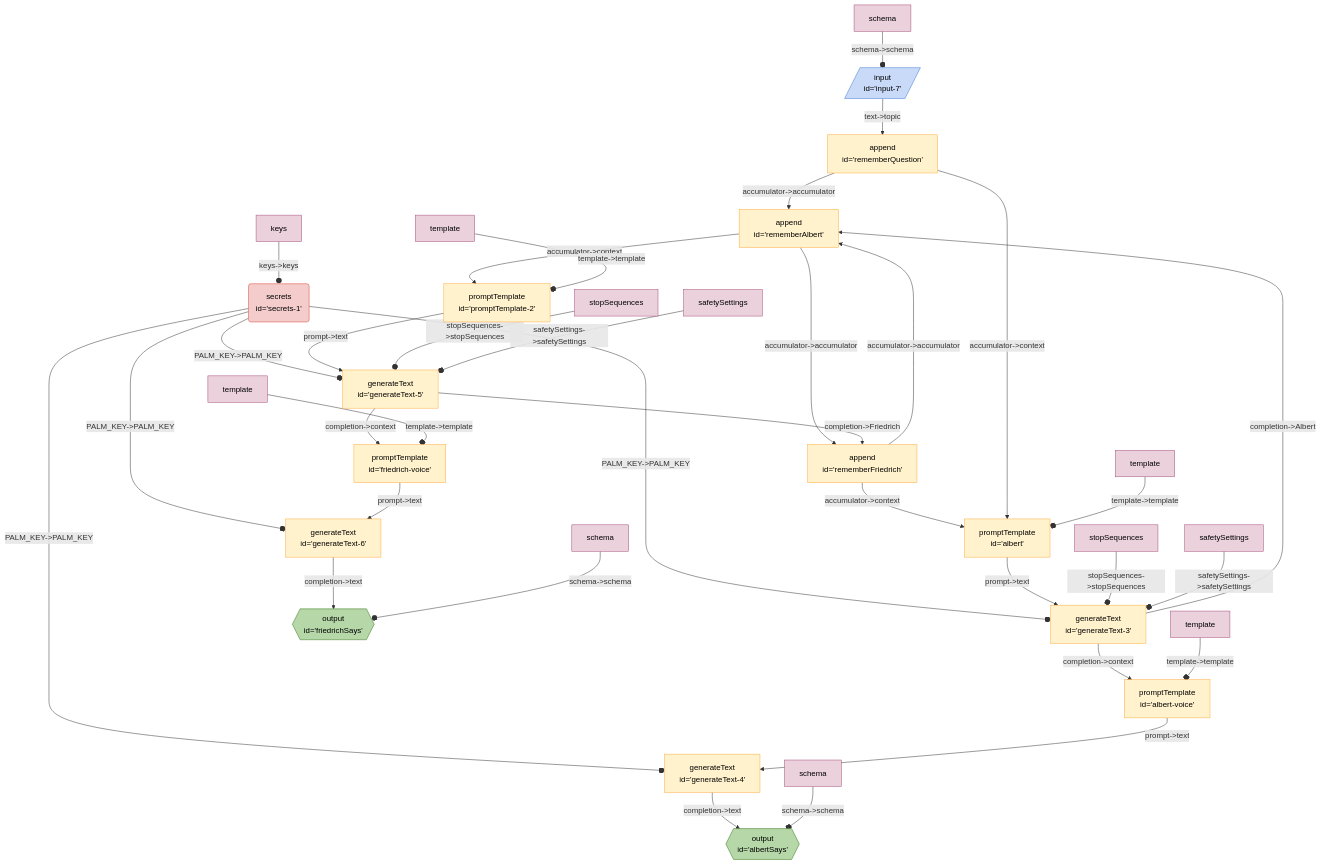
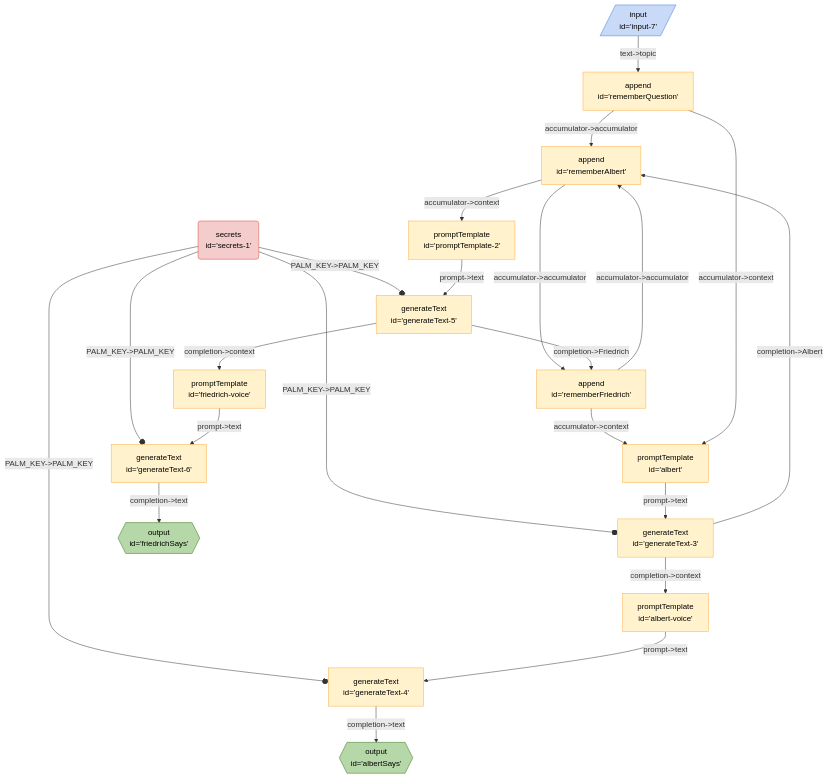
The diagram in seeds/graph-playground/docs/graphs/endless-debate-with-voice.md (breadboard-ai/breadboard), drawn with Mermaid before and after one commit. The commit also changed 30 other files, not shown here.

````diff
--- a/seeds/graph-playground/docs/graphs/endless-debate-with-voice.md
+++ b/seeds/graph-playground/docs/graphs/endless-debate-with-voice.md
@@ -5,45 +5,33 @@
   ```mermaid
   %%{init: 'themeVariables': { 'fontFamily': 'Fira Code, monospace' }}%%
 graph TD;
 rememberQuestion["append <br> id='rememberQuestion'"] -- "accumulator->accumulator" --> rememberAlbert["append <br> id='rememberAlbert'"]
 rememberAlbert["append <br> id='rememberAlbert'"] -- "accumulator->accumulator" --> rememberFriedrich["append <br> id='rememberFriedrich'"]
 rememberFriedrich["append <br> id='rememberFriedrich'"] -- "accumulator->accumulator" --> rememberAlbert["append <br> id='rememberAlbert'"]
 rememberAlbert["append <br> id='rememberAlbert'"] -- "accumulator->context" --> promptTemplate2["promptTemplate <br> id='promptTemplate-2'"]
 generateText3["generateText <br> id='generateText-3'"] -- "completion->Albert" --> rememberAlbert["append <br> id='rememberAlbert'"]
 secrets1("secrets <br> id='secrets-1'"):::secrets -- "PALM_KEY->PALM_KEY" --o generateText4["generateText <br> id='generateText-4'"]
 generateText4["generateText <br> id='generateText-4'"] -- "completion->text" --> albertSays{{"output <br> id='albertSays'"}}:::output
 albertvoice["promptTemplate <br> id='albert-voice'"] -- "prompt->text" --> generateText4["generateText <br> id='generateText-4'"]
 generateText3["generateText <br> id='generateText-3'"] -- "completion->context" --> albertvoice["promptTemplate <br> id='albert-voice'"]
 secrets1("secrets <br> id='secrets-1'"):::secrets -- "PALM_KEY->PALM_KEY" --o generateText3["generateText <br> id='generateText-3'"]
 albert["promptTemplate <br> id='albert'"] -- "prompt->text" --> generateText3["generateText <br> id='generateText-3'"]
 rememberFriedrich["append <br> id='rememberFriedrich'"] -- "accumulator->context" --> albert["promptTemplate <br> id='albert'"]
 generateText5["generateText <br> id='generateText-5'"] -- "completion->Friedrich" --> rememberFriedrich["append <br> id='rememberFriedrich'"]
 secrets1("secrets <br> id='secrets-1'"):::secrets -- "PALM_KEY->PALM_KEY" --o generateText6["generateText <br> id='generateText-6'"]
 generateText6["generateText <br> id='generateText-6'"] -- "completion->text" --> friedrichSays{{"output <br> id='friedrichSays'"}}:::output
 friedrichvoice["promptTemplate <br> id='friedrich-voice'"] -- "prompt->text" --> generateText6["generateText <br> id='generateText-6'"]
 generateText5["generateText <br> id='generateText-5'"] -- "completion->context" --> friedrichvoice["promptTemplate <br> id='friedrich-voice'"]
 secrets1("secrets <br> id='secrets-1'"):::secrets -- "PALM_KEY->PALM_KEY" --o generateText5["generateText <br> id='generateText-5'"]
 promptTemplate2["promptTemplate <br> id='promptTemplate-2'"] -- "prompt->text" --> generateText5["generateText <br> id='generateText-5'"]
 rememberQuestion["append <br> id='rememberQuestion'"] -- "accumulator->context" --> albert["promptTemplate <br> id='albert'"]
 input7[/"input <br> id='input-7'"/]:::input -- "text->topic" --> rememberQuestion["append <br> id='rememberQuestion'"]
-keyssecrets1[keys]:::config -- "keys->keys" --o secrets1
-templatepromptTemplate2[template]:::config -- "template->template" --o promptTemplate2
-templatealbert[template]:::config -- "template->template" --o albert
-stopSequencesgenerateText3[stopSequences]:::config -- "stopSequences->stopSequences" --o generateText3
-safetySettingsgenerateText3[safetySettings]:::config -- "safetySettings->safetySettings" --o generateText3
-templatealbertvoice[template]:::config -- "template->template" --o albertvoice
-schemaalbertSays[schema]:::config -- "schema->schema" --o albertSays
-stopSequencesgenerateText5[stopSequences]:::config -- "stopSequences->stopSequences" --o generateText5
-safetySettingsgenerateText5[safetySettings]:::config -- "safetySettings->safetySettings" --o generateText5
-templatefriedrichvoice[template]:::config -- "template->template" --o friedrichvoice
-schemafriedrichSays[schema]:::config -- "schema->schema" --o friedrichSays
-schemainput7[schema]:::config -- "schema->schema" --o input7
 classDef default stroke:#ffab40,fill:#fff2ccff,color:#000
 classDef input stroke:#3c78d8,fill:#c9daf8ff,color:#000
 classDef output stroke:#38761d,fill:#b6d7a8ff,color:#000
 classDef passthrough stroke:#a64d79,fill:#ead1dcff,color:#000
 classDef slot stroke:#a64d79,fill:#ead1dcff,color:#000
 classDef config stroke:#a64d79,fill:#ead1dcff,color:#000
 classDef secrets stroke:#db4437,fill:#f4cccc,color:#000
 classDef slotted stroke:#a64d79
   ```
````
